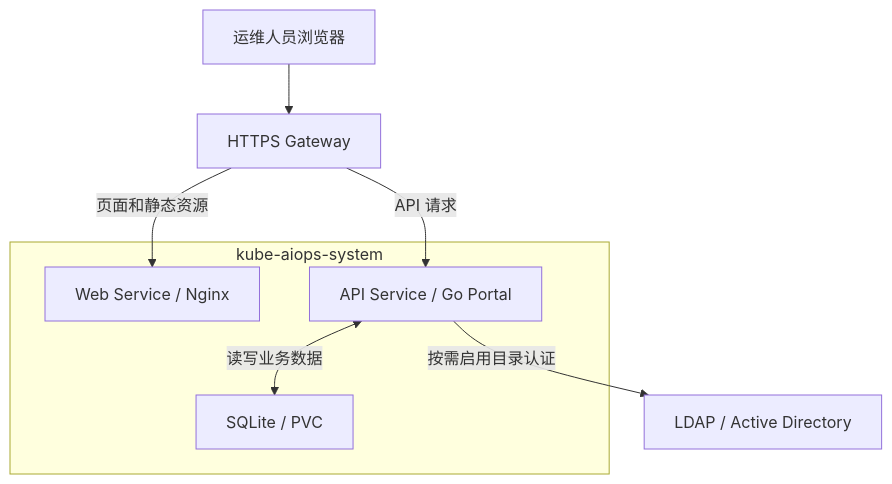
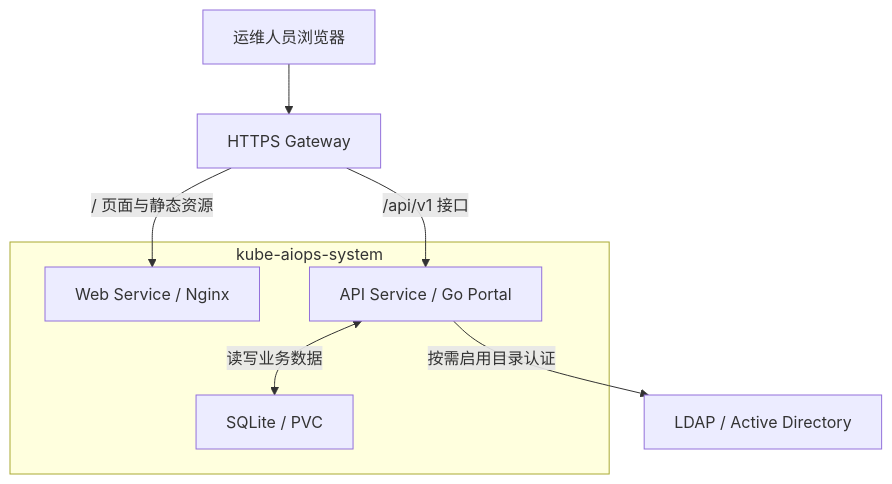
One commit to abchw517/kube-aiops changed the first of 2 diagrams in README.md. Above: the diagram before and after it, drawn with Mermaid. The commit also changed other lines of this file, not shown here.

Commit message:
Clarify README architecture links and Gateway routes (#129)

````diff
--- a/README.md
+++ b/README.md
@@ -115,13 +117,13 @@
 ```mermaid
 flowchart TD
     Browser["运维人员浏览器"] --> Gateway["HTTPS Gateway"]
     subgraph Platform["kube-aiops-system"]
         Web["Web Service / Nginx"]
         API["API Service / Go Portal"]
         Store["SQLite / PVC"]
         API <-->|读写业务数据| Store
     end
-    Gateway -->|页面和静态资源| Web
-    Gateway -->|API 请求| API
+    Gateway -->|"/ 页面与静态资源"| Web
+    Gateway -->|"/api/v1 接口"| API
     API -->|按需启用目录认证| LDAP["LDAP / Active Directory"]
 ```
````
